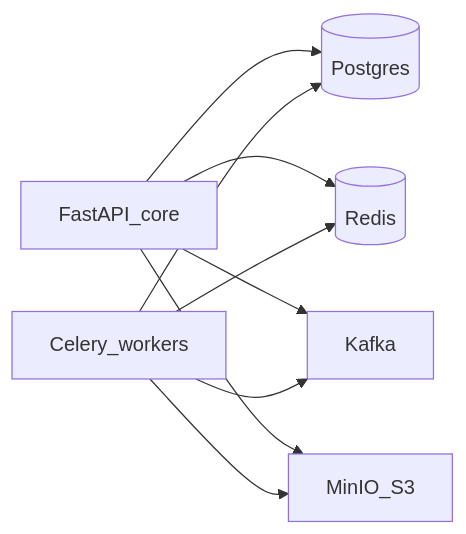
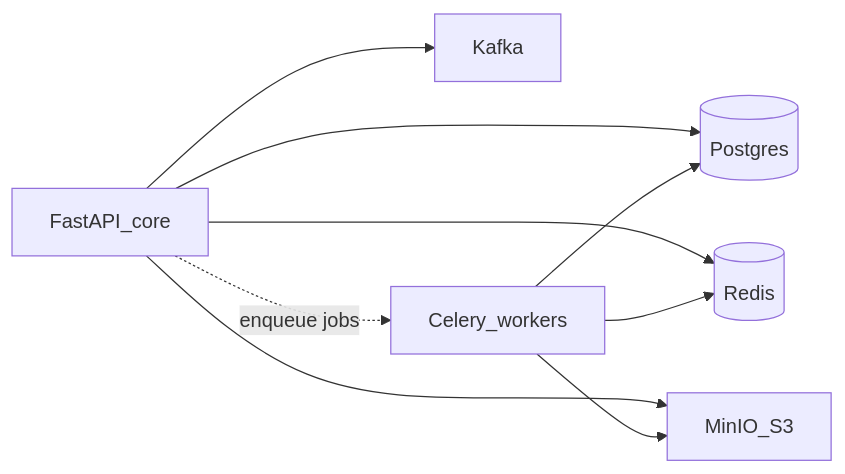
Before and after one commit to ne-tort/agentscale: the diagram in docs/target/13-platform-infra/stack.md, drawn with Mermaid. The commit also changed other lines of this file and 8 other files, not shown here.

````diff
--- a/docs/target/13-platform-infra/stack.md
+++ b/docs/target/13-platform-infra/stack.md
@@ -15,18 +15,18 @@
 ```mermaid
 flowchart LR
   API[FastAPI_core]
   PG[(Postgres)]
   Redis[(Redis)]
   Kafka[Kafka]
   MinIO[MinIO_S3]
   Celery[Celery_workers]
 
   API --> PG
   API --> Redis
   API --> Kafka
   API --> MinIO
   Celery --> Redis
   Celery --> PG
-  Celery --> Kafka
   Celery --> MinIO
+  API -.->|enqueue jobs| Celery
 ```
````
